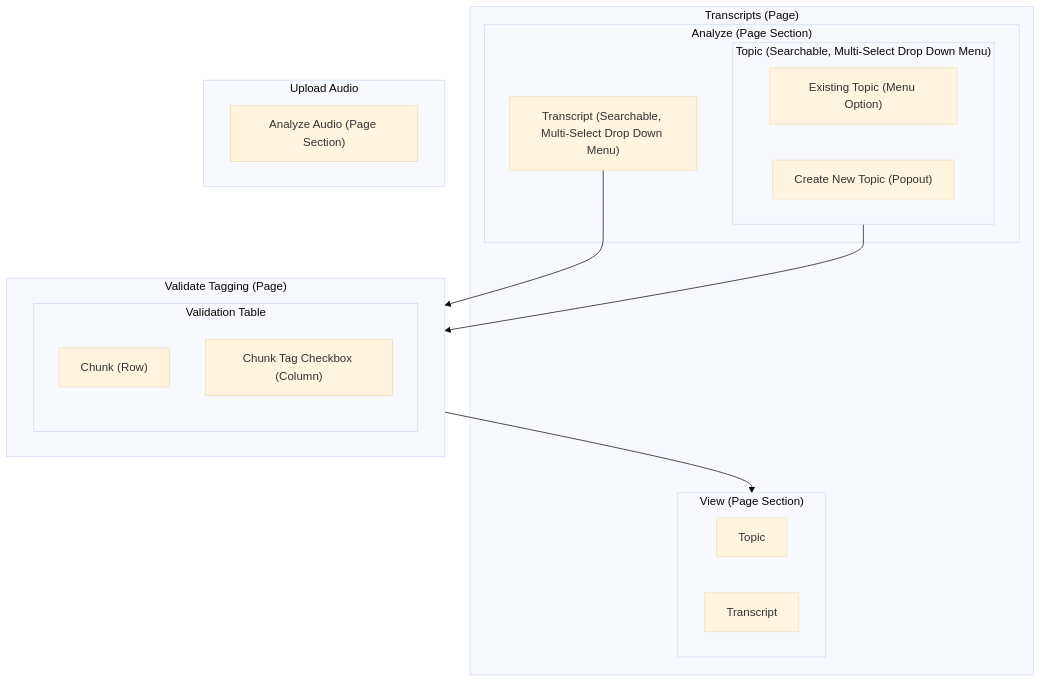
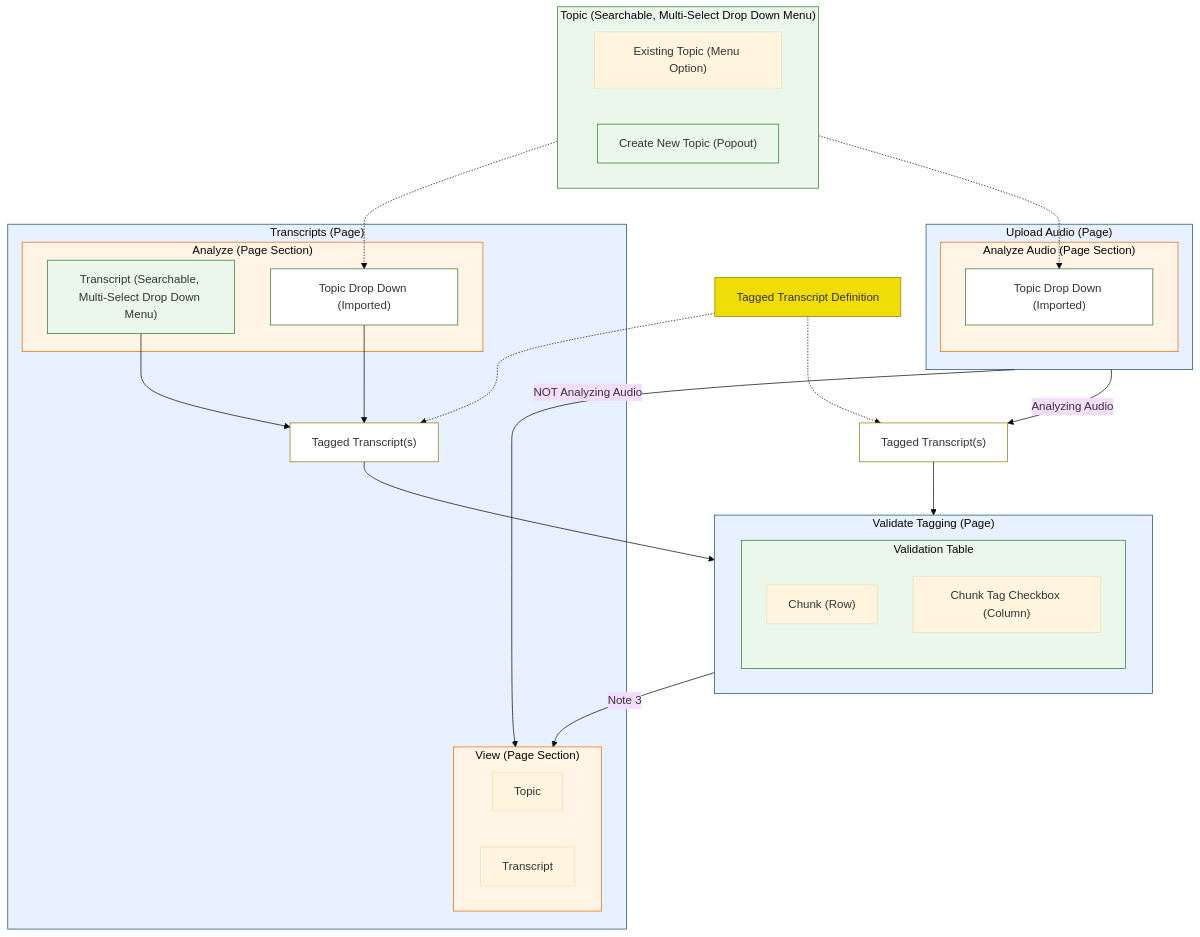
Before and after one commit to KarlSchoch/missour.ai: the diagram in planning.md, drawn with Mermaid (base theme). The commit also changed other lines of this file, not shown here.

Commit message:
Largely completes diagram, need to add notes to the diagram.

````diff
--- a/planning.md
+++ b/planning.md
@@ -14,31 +5,58 @@
 ```mermaid
 flowchart TB
     subgraph view["View (Page Section)"]
-       topic["Topic"]
-       transcript["Transcript"]
+        topic["Topic"]
+        transcript["Transcript"]
     end
+    tagged_transcript_def["Tagged Transcript Definition"]
     subgraph topic_drop_down["Topic (Searchable, Multi-Select Drop Down Menu)"]
-       existing_topic["Existing Topic (Menu Option)"]
-       create_new_topic["Create New Topic (Popout)"]
+        existing_topic["Existing Topic (Menu Option)"]
+        create_new_topic["Create New Topic (Popout)"]
     end
     subgraph analyze["Analyze (Page Section)"]
-       transcript_drop_down["Transcript (Searchable, Multi-Select Drop Down Menu)"]
-       topic_drop_down
+        transcript_drop_down["Transcript (Searchable, Multi-Select Drop Down Menu)"]
+        topic_drop_down_imported1["Topic Drop Down (Imported)"]
     end
     subgraph transcripts["Transcripts (Page)"]
-       view
-       analyze
+        view
+        analyze
+        tagged_transcript_instantiation1["Tagged Transcript(s)"]
     end
-    subgraph upload_audio["Upload Audio"]
-        analyze_audio["Analyze Audio (Page Section)"]
+    subgraph upload_audio["Upload Audio (Page)"]
+        subgraph analyze_audio["Analyze Audio (Page Section)"]
+            topic_drop_down_imported2["Topic Drop Down (Imported)"]
+        end
     end
+    tagged_transcript_instantiation2["Tagged Transcript(s)"]
     subgraph validate_tagging["Validate Tagging (Page)"]
-       subgraph validation_table["Validation Table"]
-           chunk["Chunk (Row)"]
-           chunk_tag_checkbox["Chunk Tag Checkbox (Column)"]
-       end
+        subgraph validation_table["Validation Table"]
+            chunk["Chunk (Row)"]
+            chunk_tag_checkbox["Chunk Tag Checkbox (Column)"]
+        end
     end
-    transcript_drop_down --> validate_tagging
-    topic_drop_down --> validate_tagging
-    validate_tagging --> view
+    transcript_drop_down --> tagged_transcript_instantiation1
+    topic_drop_down_imported1 --> tagged_transcript_instantiation1
+    validate_tagging -->|Note 3| view
+    topic_drop_down -.-> topic_drop_down_imported1
+    topic_drop_down -.-> topic_drop_down_imported2
+    upload_audio -->|NOT Analyzing Audio| view
+    upload_audio -->|Analyzing Audio| tagged_transcript_instantiation2
+    tagged_transcript_instantiation2 --> validate_tagging
+    tagged_transcript_instantiation1 --> validate_tagging
+    tagged_transcript_def -.-> tagged_transcript_instantiation1
+    tagged_transcript_def -.-> tagged_transcript_instantiation2
+
+    classDef page fill:#E8F1FF,stroke:#1B4F72,stroke-width:1px;
+    classDef section fill:#FFF4E6,stroke:#EF6C00,stroke-width:1px;
+    classDef ui_def fill:#EAF7EA,stroke:#2E7D32,stroke-width:1px;
+    classDef ui_instance fill:#FFFFFF,stroke:#2E7D32,stroke-width:1px;
+    classDef data_model_def fill:#F0DD05,stroke:#8B8000,stroke-width:1px;
+    classDef data_model_instance fill:#FFFFFF,stroke:#8B8000,stroke-width:1px;
+
+    class transcripts,upload_audio,validate_tagging page;
+    class analyze,analyze_audio,view section;
+    class topic_drop_down,transcript_drop_down,validation_table,create_new_topic ui_def;
+    class topic_drop_down_imported1,topic_drop_down_imported2 ui_instance;
+    class tagged_transcript_def data_model_def;
+    class tagged_transcript_instantiation1,tagged_transcript_instantiation2 data_model_instance;
 ```
````
